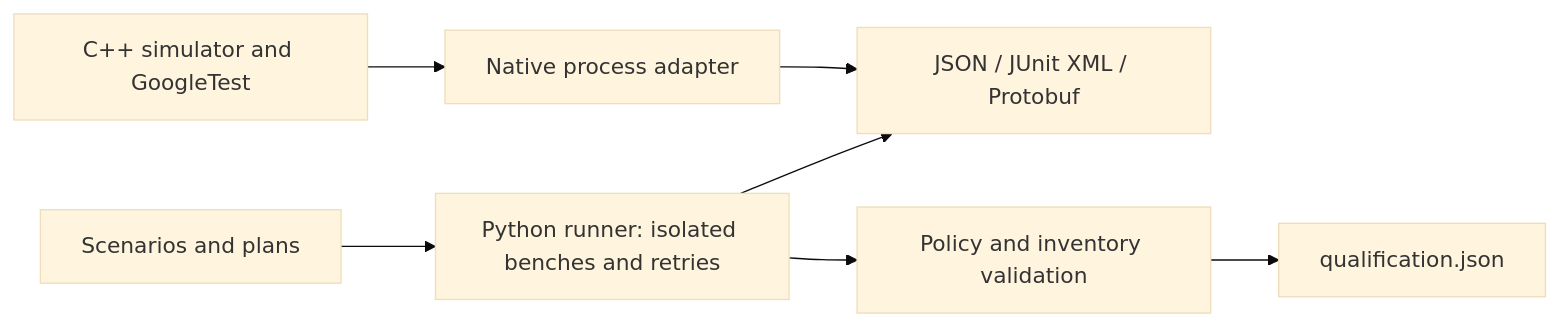
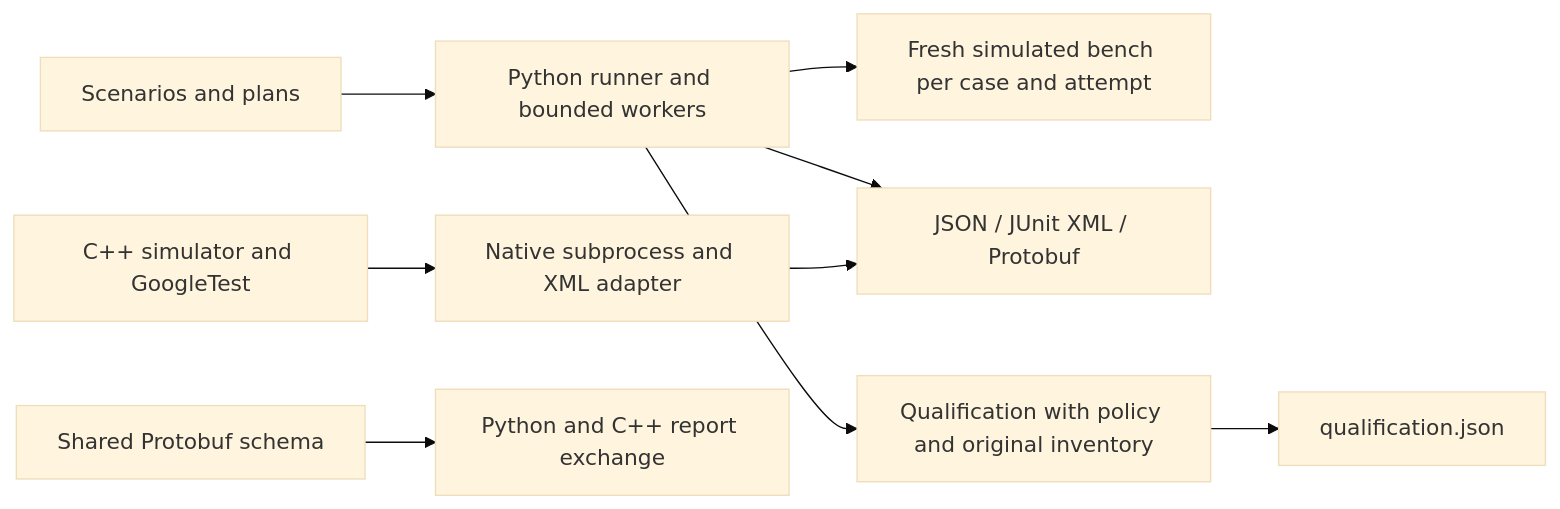
The diagram in README.md (Ishan819/hil-test-automation-framework), drawn with Mermaid (base theme) before and after one commit. The commit also changed other lines of this file, not shown here.

Commit message:
Polish architecture setup demonstration and verification documentation

````diff
--- a/README.md
+++ b/README.md
@@ -40,9 +39,11 @@
 ```mermaid
 flowchart LR
-    YAML[Scenarios and plans] --> Python[Python runner: isolated benches and retries]
-    Python --> Reports[JSON / JUnit XML / Protobuf]
-    Python --> Qualification[Policy and inventory validation]
-    Qualification --> Decision[qualification.json]
-    CPP[C++ simulator and GoogleTest] --> Native[Native process adapter]
-    Native --> Reports
+    YAML[Scenarios and plans] --> Runner[Python runner and bounded workers]
+    Runner --> Bench[Fresh simulated bench per case and attempt]
+    Runner --> Reports[JSON / JUnit XML / Protobuf]
+    Runner --> Policy[Qualification with policy and original inventory]
+    Policy --> Decision[qualification.json]
+    CPP[C++ simulator and GoogleTest] --> Adapter[Native subprocess and XML adapter]
+    Adapter --> Reports
+    Schema[Shared Protobuf schema] --> Exchange[Python and C++ report exchange]
 ```
````
